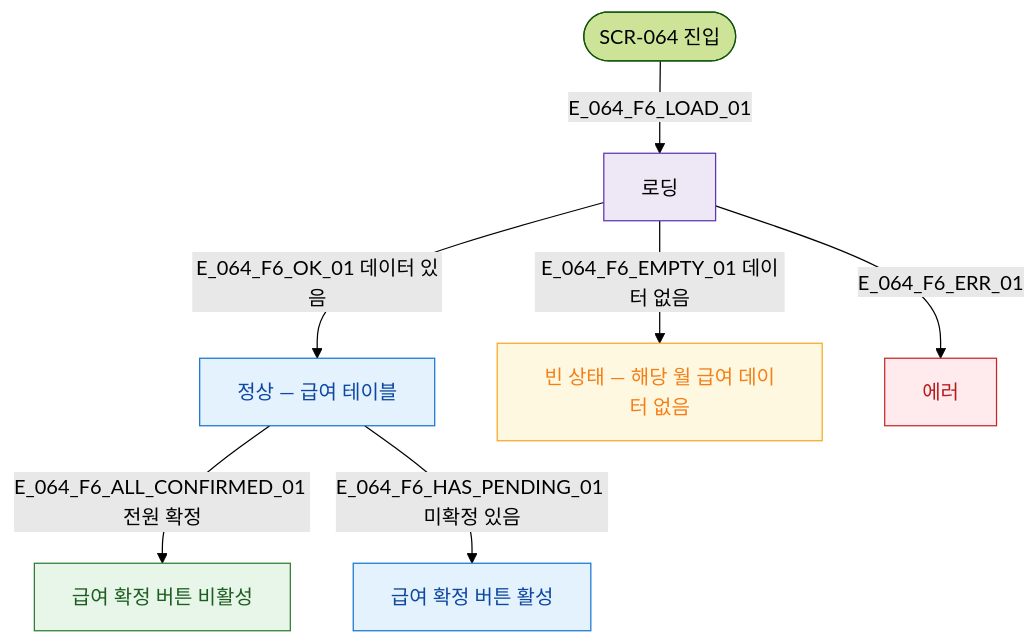
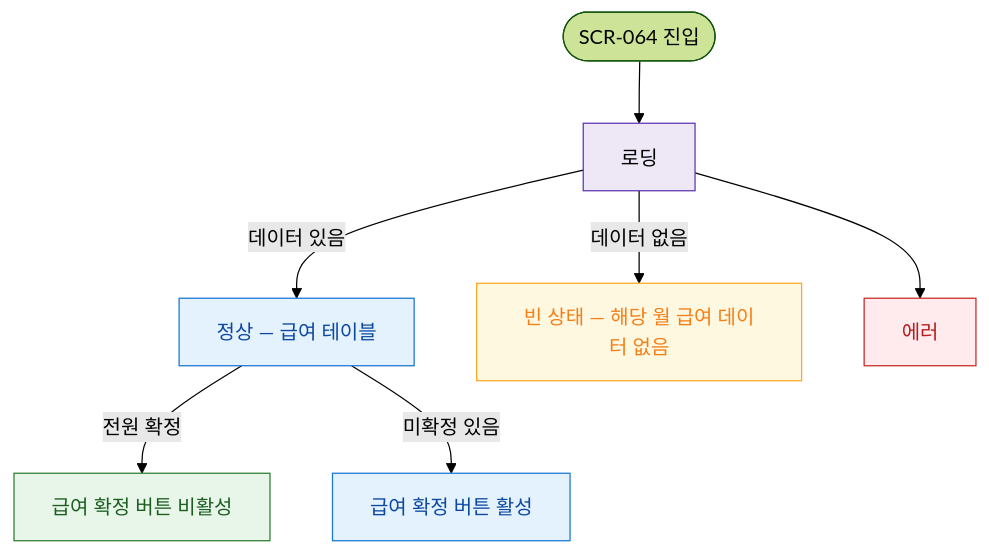
The diagram in docs/다이어그램/D07_직원관리/SCR-064_급여관리/F6_상태별화면.md (dev-spogym/admin-pando), drawn with Mermaid (forest theme) before and after one commit. The commit also changed other lines of this file and 1660 other files, not shown here.

First line of the commit message:
다이어그램: 기획자/클라이언트 납품본으로 정리

````diff
--- a/docs/다이어그램/D07_직원관리/SCR-064_급여관리/F6_상태별화면.md
+++ b/docs/다이어그램/D07_직원관리/SCR-064_급여관리/F6_상태별화면.md
@@ -14,23 +12,23 @@
 ```mermaid
 flowchart TD
   ENTER([SCR-064 진입])
-  ENTER -->|E_064_F6_LOAD_01| STATE_LOADING[로딩]
-  STATE_LOADING -->|E_064_F6_OK_01 데이터 있음| STATE_NORMAL[정상 — 급여 테이블]
-  STATE_LOADING -->|E_064_F6_EMPTY_01 데이터 없음| STATE_EMPTY[빈 상태 — 해당 월 급여 데이터 없음]
-  STATE_LOADING -->|E_064_F6_ERR_01| STATE_ERR[에러]
+  ENTER --> STATE_LOADING[로딩]
+  STATE_LOADING -->|데이터 있음|STATE_NORMAL[정상 — 급여 테이블]
+  STATE_LOADING -->|데이터 없음|STATE_EMPTY[빈 상태 — 해당 월 급여 데이터 없음]
+  STATE_LOADING --> STATE_ERR[에러]
 
-  STATE_NORMAL -->|E_064_F6_ALL_CONFIRMED_01 전원 확정| STATE_ALL_CONFIRMED[급여 확정 버튼 비활성]
-  STATE_NORMAL -->|E_064_F6_HAS_PENDING_01 미확정 있음| STATE_PENDING[급여 확정 버튼 활성]
+  STATE_NORMAL -->|전원 확정|STATE_ALL_CONFIRMED[급여 확정 버튼 비활성]
+  STATE_NORMAL -->|미확정 있음|STATE_PENDING[급여 확정 버튼 활성]
 
-  classDef screen  fill:#E3F2FD,stroke:#1976D2,color:#0D47A1
-  classDef system  fill:#EDE7F6,stroke:#5E35B2
-  classDef error   fill:#FFEBEE,stroke:#C62828,color:#B71C1C
+  classDef screen fill:#E3F2FD,stroke:#1976D2,color:#0D47A1
+  classDef system fill:#EDE7F6,stroke:#5E35B2
+  classDef error fill:#FFEBEE,stroke:#C62828,color:#B71C1C
   classDef warning fill:#FFF8E1,stroke:#F9A825,color:#F57F17
   classDef success fill:#E8F5E9,stroke:#2E7D32,color:#1B5E20
 
   class STATE_NORMAL,STATE_PENDING screen
   class STATE_LOADING system
   class STATE_ERR error
   class STATE_EMPTY warning
   class STATE_ALL_CONFIRMED success
 ```
````
